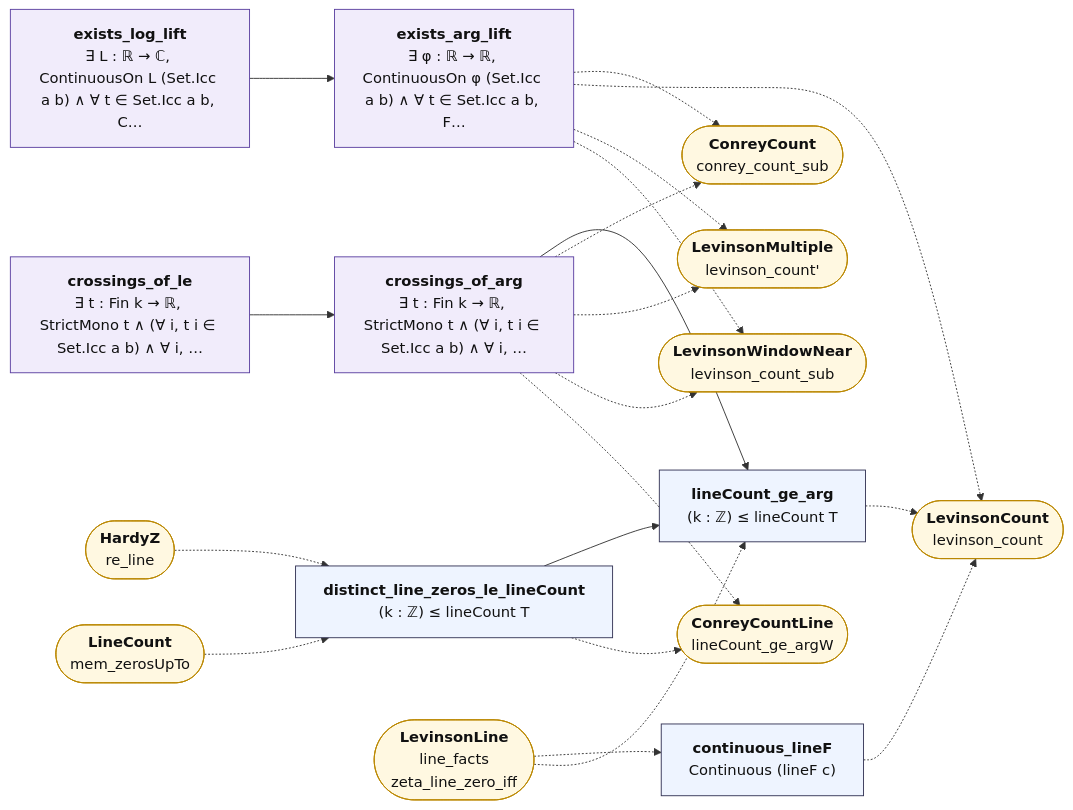
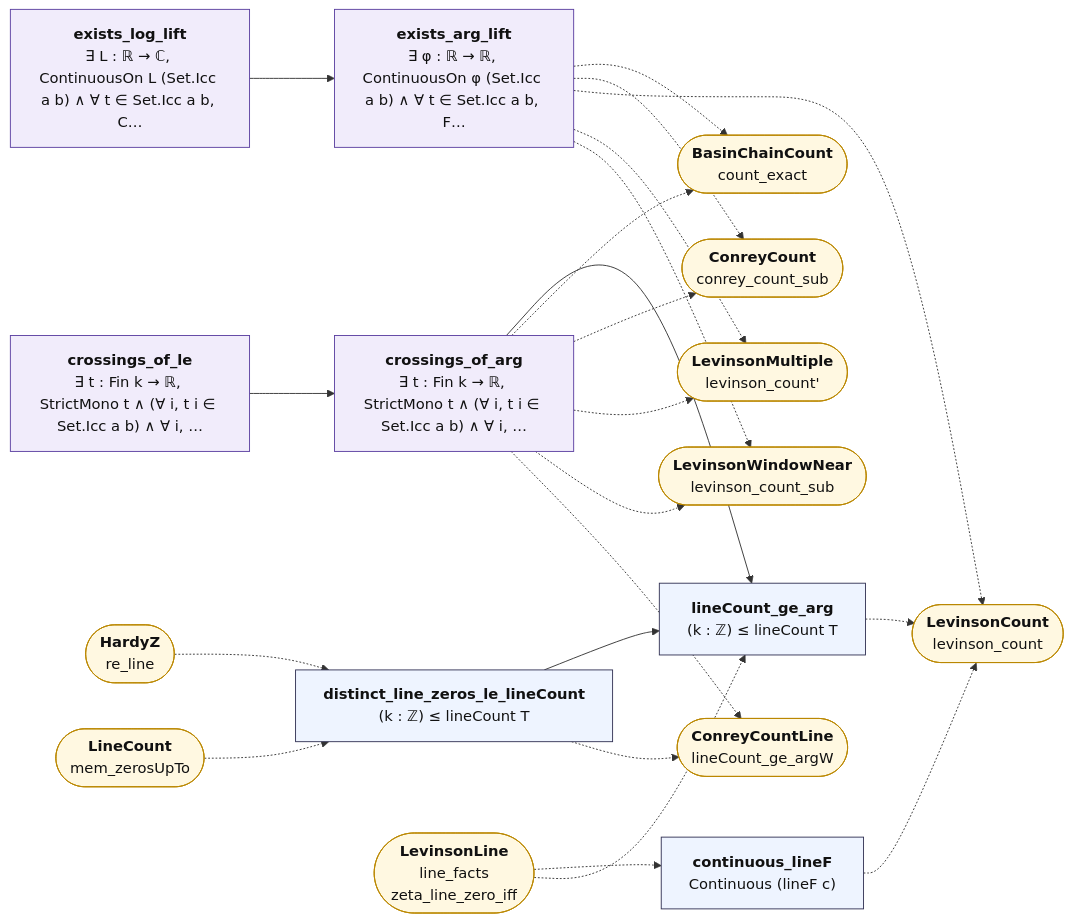
Before and after one commit to juliansambranojr/Primebeat_081426: the diagram in map/lean_stage3/LevinsonArg.md, drawn with Mermaid. The commit also changed other lines of this file and 60 other files, not shown here.

````diff
--- a/map/lean_stage3/LevinsonArg.md
+++ b/map/lean_stage3/LevinsonArg.md
@@ -14,45 +14,48 @@
 ```mermaid
 flowchart LR
   n0["<b>exists_log_lift</b><br/>∃ L : ℝ → ℂ, ContinuousOn L (Set.Icc a b) ∧ ∀ t ∈ Set.Icc a b, C…"]:::shp
   n1["<b>exists_arg_lift</b><br/>∃ φ : ℝ → ℝ, ContinuousOn φ (Set.Icc a b) ∧ ∀ t ∈ Set.Icc a b, F…"]:::shp
   n2["<b>crossings_of_le</b><br/>∃ t : Fin k → ℝ, StrictMono t ∧ (∀ i, t i ∈ Set.Icc a b) ∧ ∀ i, …"]:::shp
   n3["<b>crossings_of_arg</b><br/>∃ t : Fin k → ℝ, StrictMono t ∧ (∀ i, t i ∈ Set.Icc a b) ∧ ∀ i, …"]:::shp
   n4["<b>continuous_lineF</b><br/>Continuous (lineF c)"]:::thm
   n5["<b>distinct_line_zeros_le_lineCount</b><br/>(k : ℤ) ≤ lineCount T"]:::thm
   n6["<b>lineCount_ge_arg</b><br/>(k : ℤ) ≤ lineCount T"]:::thm
-  x0(["<b>ConreyCount</b><br/>conrey_count_sub"]):::ext
-  x1(["<b>LevinsonCount</b><br/>levinson_count"]):::ext
-  x2(["<b>LevinsonMultiple</b><br/>levinson_count'"]):::ext
-  x3(["<b>LevinsonWindowNear</b><br/>levinson_count_sub"]):::ext
-  x4(["<b>ConreyCountLine</b><br/>lineCount_ge_argW"]):::ext
-  x5(["<b>LevinsonLine</b><br/>line_facts<br/>zeta_line_zero_iff"]):::ext
-  x6(["<b>HardyZ</b><br/>re_line"]):::ext
-  x7(["<b>LineCount</b><br/>mem_zerosUpTo"]):::ext
+  x0(["<b>BasinChainCount</b><br/>count_exact"]):::ext
+  x1(["<b>ConreyCount</b><br/>conrey_count_sub"]):::ext
+  x2(["<b>LevinsonCount</b><br/>levinson_count"]):::ext
+  x3(["<b>LevinsonMultiple</b><br/>levinson_count'"]):::ext
+  x4(["<b>LevinsonWindowNear</b><br/>levinson_count_sub"]):::ext
+  x5(["<b>ConreyCountLine</b><br/>lineCount_ge_argW"]):::ext
+  x6(["<b>LevinsonLine</b><br/>line_facts<br/>zeta_line_zero_iff"]):::ext
+  x7(["<b>HardyZ</b><br/>re_line"]):::ext
+  x8(["<b>LineCount</b><br/>mem_zerosUpTo"]):::ext
   n0 --> n1
   n2 --> n3
   n3 --> n6
   n5 --> n6
   n1 -.-> x0
   n1 -.-> x1
   n1 -.-> x2
   n1 -.-> x3
+  n1 -.-> x4
   n3 -.-> x0
-  n3 -.-> x2
+  n3 -.-> x1
   n3 -.-> x3
   n3 -.-> x4
-  n4 -.-> x1
-  n5 -.-> x4
-  n6 -.-> x1
-  x5 -.-> n4
-  x5 -.-> n6
-  x6 -.-> n5
+  n3 -.-> x5
+  n4 -.-> x2
+  n5 -.-> x5
+  n6 -.-> x2
+  x6 -.-> n4
+  x6 -.-> n6
   x7 -.-> n5
+  x8 -.-> n5
   classDef cnt fill:#dff5ec,stroke:#17694a,color:#111
   classDef shp fill:#f1ecfb,stroke:#5b3fa0,color:#111
   classDef rh fill:#ffe5e5,stroke:#c22,color:#111,stroke-width:2px
   classDef thm fill:#eef4ff,stroke:#335,color:#111
   classDef end_ fill:#e7f7e7,stroke:#2a7,color:#111,stroke-width:2px
   classDef lone fill:#fff,stroke:#999,color:#111,stroke-dasharray:4 3
   classDef bad fill:#ffe5e5,stroke:#c22,color:#111,stroke-width:2px
   classDef ext fill:#fff8e1,stroke:#b80,color:#111
 ```
````
